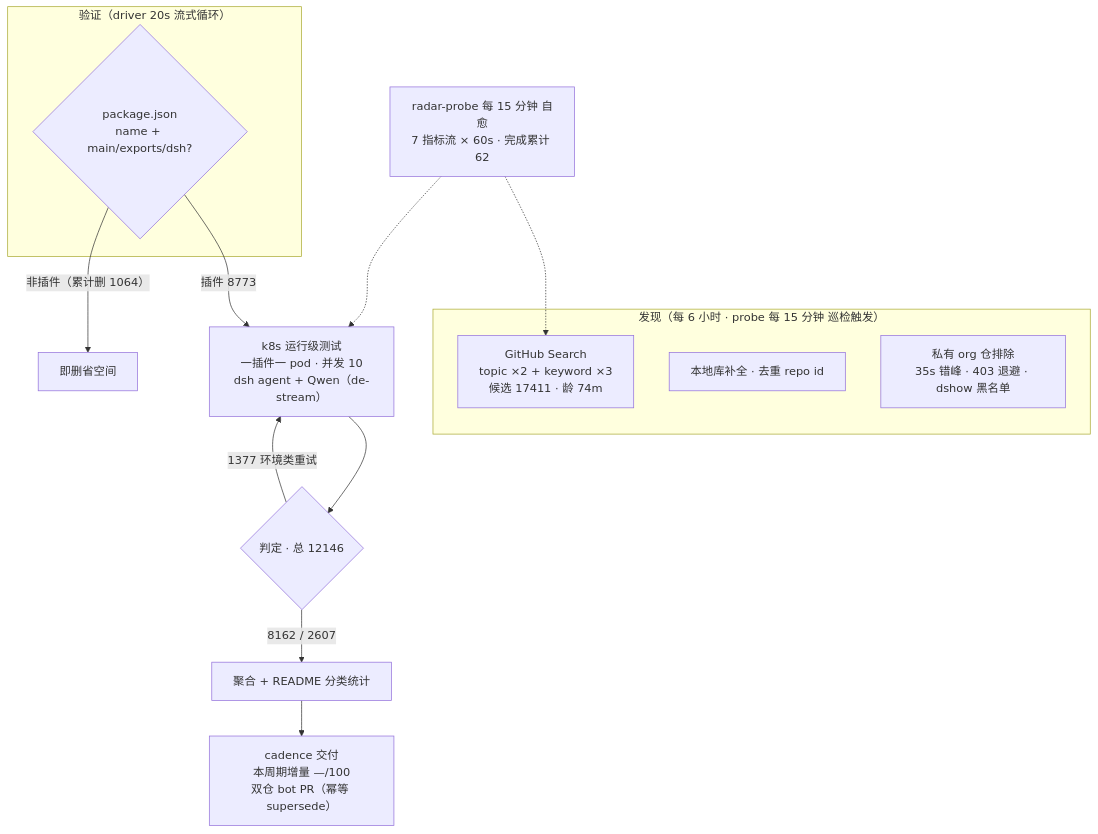
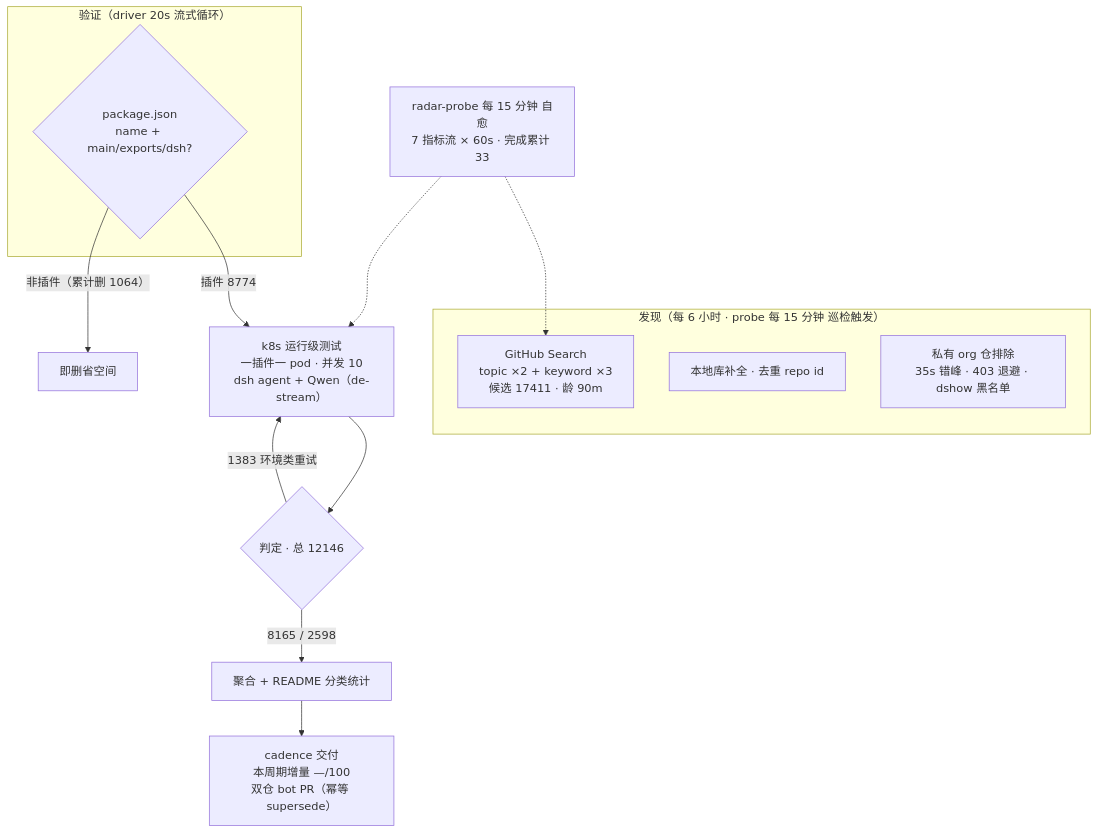
The diagram in README.md (Zhidao-Lab-OSS/awesome-dsh-plugins), drawn with Mermaid before and after one commit. The commit also changed other lines of this file and 1 other file, not shown here.

````diff
--- a/README.md
+++ b/README.md
@@ -52,20 +52,20 @@
 ```mermaid
 flowchart TB
     subgraph Discovery["发现（每 6 小时 · probe 每 15 分钟 巡检触发）"]
-        A1["GitHub Search<br/>topic ×2 + keyword ×3<br/>候选 17411 · 龄 74m"]
+        A1["GitHub Search<br/>topic ×2 + keyword ×3<br/>候选 17411 · 龄 90m"]
         A2["本地库补全 · 去重 repo id"]
         A3["私有 org 仓排除<br/>35s 错峰 · 403 退避 · dshow 黑名单"]
     end
     subgraph Validation["验证（driver 20s 流式循环）"]
         B1{"package.json<br/>name + main/exports/dsh?"}
     end
-    B1 -->|"插件 8773"| C1["k8s 运行级测试<br/>一插件一 pod · 并发 10<br/>dsh agent + Qwen（de-stream）"]
+    B1 -->|"插件 8774"| C1["k8s 运行级测试<br/>一插件一 pod · 并发 10<br/>dsh agent + Qwen（de-stream）"]
     B1 -->|"非插件（累计删 1064）"| B3["即删省空间"]
     C1 --> D1{"判定 · 总 12146"}
-    D1 -->|"8162 / 2607"| E1["聚合 + README 分类统计"]
-    D1 -->|"1377 环境类重试"| C1
+    D1 -->|"8165 / 2598"| E1["聚合 + README 分类统计"]
+    D1 -->|"1383 环境类重试"| C1
     E1 --> E2["cadence 交付<br/>本周期增量 —/100<br/>双仓 bot PR（幂等 supersede）"]
-    M["radar-probe 每 15 分钟 自愈<br/>7 指标流 × 60s · 完成累计 62"]
+    M["radar-probe 每 15 分钟 自愈<br/>7 指标流 × 60s · 完成累计 33"]
     M -.-> A1
     M -.-> C1
 ```
````
